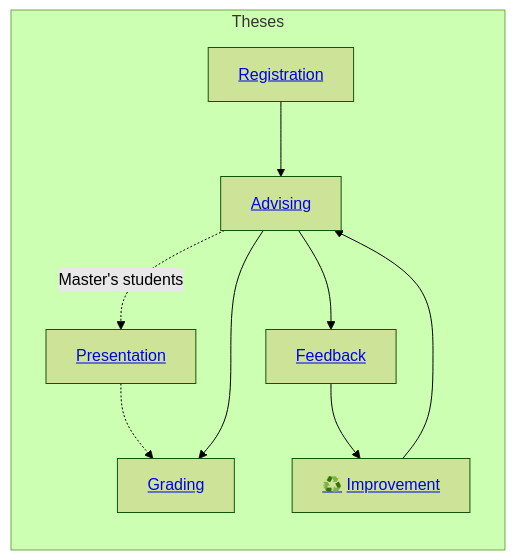
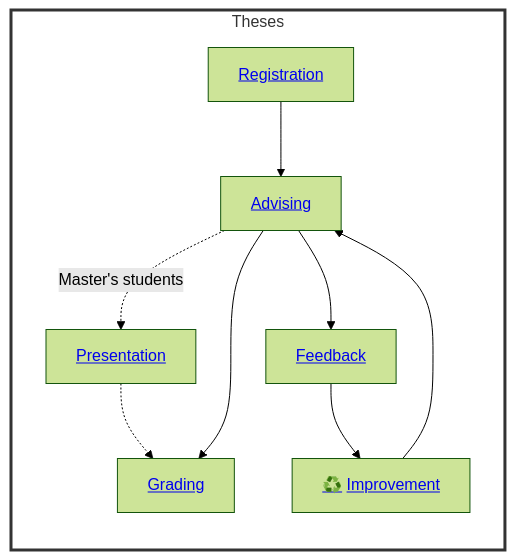
The second of 2 diagrams in docs/30-teaching/index.md (digital-work-lab/handbook), drawn with Mermaid (forest theme) before and after one commit. The commit also changed other lines of this file and 1 other file, not shown here.

Commit message:
update style

````diff
--- a/docs/30-teaching/index.md
+++ b/docs/30-teaching/index.md
@@ -41,13 +42,15 @@
 ```mermaid
 flowchart TB
     subgraph Theses
         direction TB
         Registration["<a href='30_processes/30.40.theses.html#registration'>Registration</a>"] --> Advising["<a href='30_processes/30.40.theses.html#advising'>Advising</a>"]
         Advising -. Master's students .-> Presentation["<a href='30_processes/30.40.theses.html#thesis-presentation'>Presentation</a>"]
         Presentation -.-> Grading
         Advising --> Grading["<a href='30_processes/30.40.theses.html#grading'>Grading</a>"]
         Advising --> Feedback["<a href='https://digital-work-lab.github.io/theses/docs/feedback.html'>Feedback</a>"]
         Improvement["<a href='../10-lab/10_processes/10.01.goals.html'>♻️</a> <a href='30_processes/30.22.improvements.html'>Improvement</a>"] --> Advising
         Feedback --> Improvement
     end
+    style Theses fill:white,stroke:#333,stroke-width:3px
+
 ```
````
